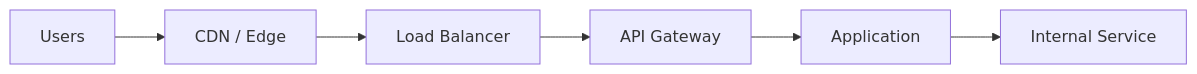
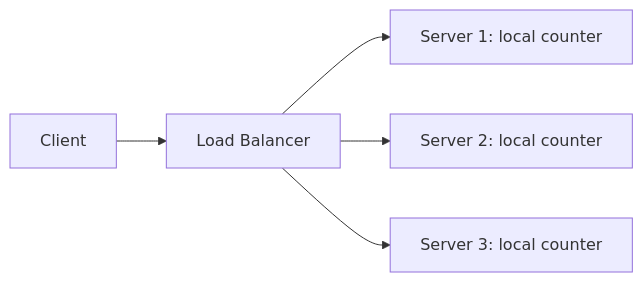
The fourth of 8 diagrams in 01-fundamentals/ratelimiter.md (shivi11sep/scalable-system-design), drawn with Mermaid before and after one commit. The commit also changed other lines of this file, not shown here.

````diff
--- a/01-fundamentals/ratelimiter.md
+++ b/01-fundamentals/ratelimiter.md
@@ -59,8 +187,7 @@
 ```mermaid
 flowchart LR
-    U[Users] --> CDN[CDN / Edge]
-    CDN --> LB[Load Balancer]
-    LB --> GW[API Gateway]
-    GW --> APP[Application]
-    APP --> SVC[Internal Service]
+    C[Client] --> LB[Load Balancer]
+    LB --> A1[Server 1: local counter]
+    LB --> A2[Server 2: local counter]
+    LB --> A3[Server 3: local counter]
 ```
````
